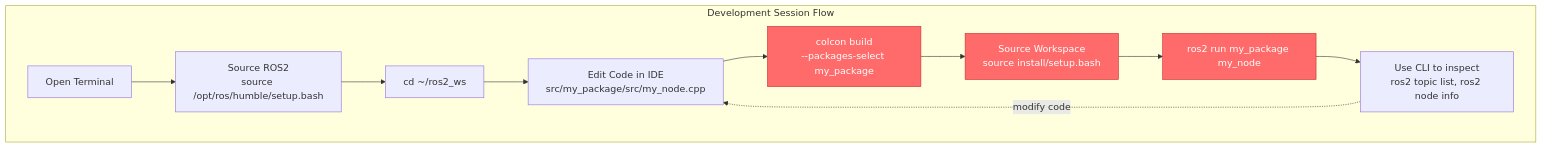
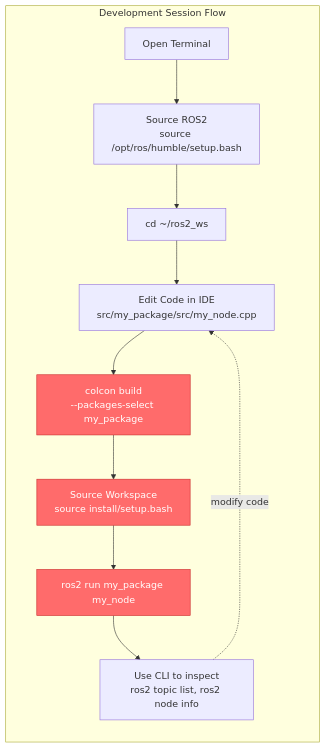
Before and after one commit to YannickSerrien/ROS2: the fifth of 5 diagrams in ROS2-CPP-Course/00-getting-started/README.md, drawn with Mermaid. The commit also changed other lines of this file and 131 other files, not shown here.

````diff
--- a/ROS2-CPP-Course/00-getting-started/README.md
+++ b/ROS2-CPP-Course/00-getting-started/README.md
@@ -334,25 +356,25 @@
 ```mermaid
-graph TB
+graph LR
     subgraph "Development Session Flow"
         TERMINAL[Open Terminal]
         SOURCE_BASE[Source ROS2<br/>source /opt/ros/humble/setup.bash]
         NAVIGATE[cd ~/ros2_ws]
         EDIT[Edit Code in IDE<br/>src/my_package/src/my_node.cpp]
         BUILD[colcon build<br/>--packages-select my_package]
         SOURCE_WS[Source Workspace<br/>source install/setup.bash]
         RUN[ros2 run my_package my_node]
         TEST[Use CLI to inspect<br/>ros2 topic list, ros2 node info]
     end
 
     TERMINAL --> SOURCE_BASE
     SOURCE_BASE --> NAVIGATE
     NAVIGATE --> EDIT
     EDIT --> BUILD
     BUILD --> SOURCE_WS
     SOURCE_WS --> RUN
     RUN --> TEST
     TEST -.modify code.-> EDIT
 
     classDef critical fill:#ff6b6b,stroke:#c92a2a,color:#fff
     class BUILD,SOURCE_WS,RUN critical
 ```
````
